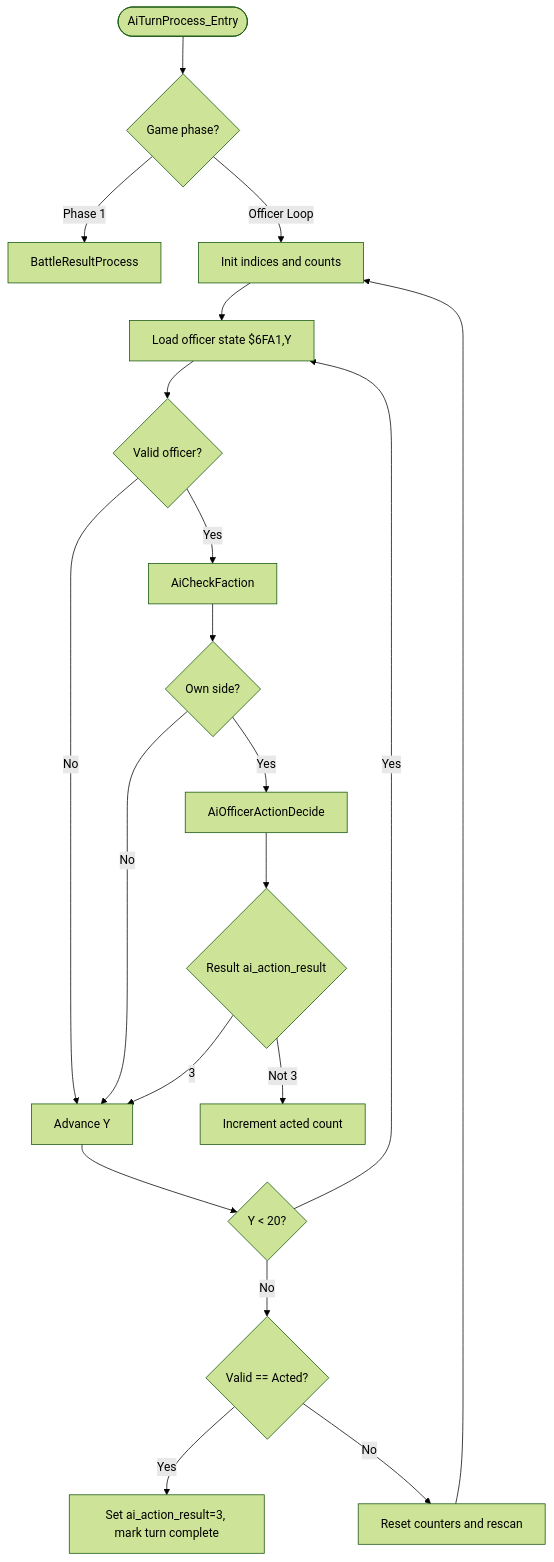
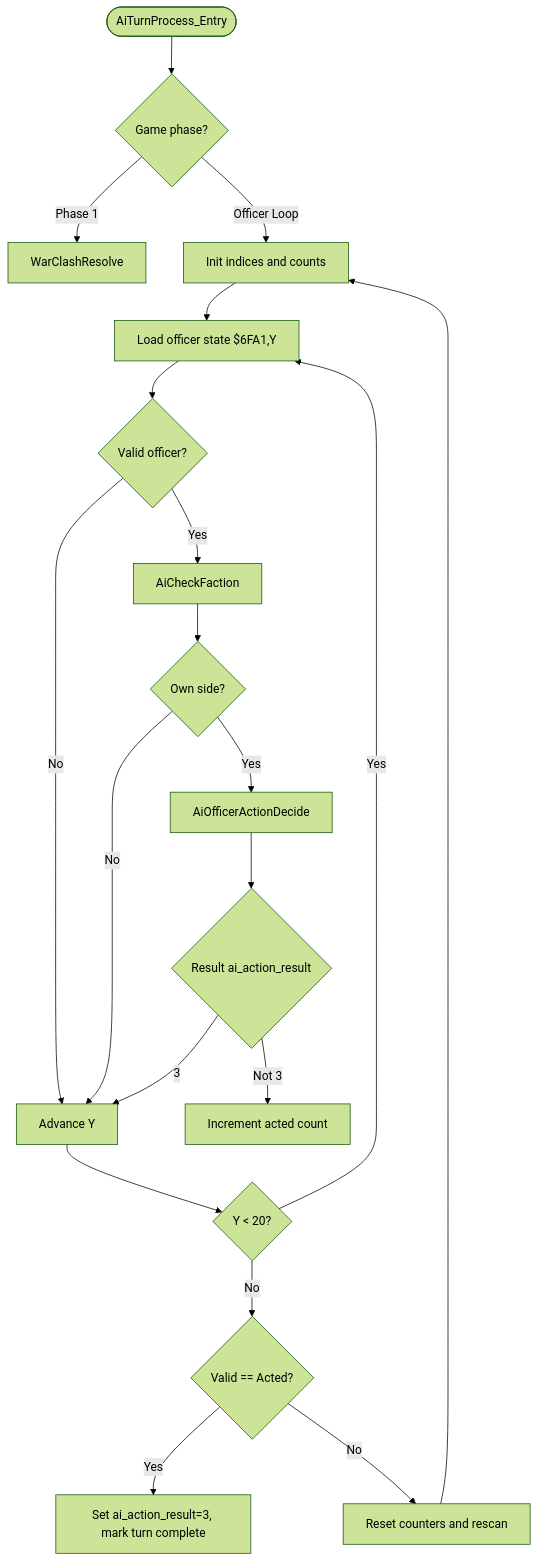
Before and after one commit to rabbyzero/sango2dasm: the third of 12 diagrams in .qoder/repowiki/en/content/Assembly Architecture/Bank Organization and Memory Layout/Battle and AI System - PRG Banks $08_$09.md, drawn with Mermaid (forest theme). The commit also changed other lines of this file and 11 other files, not shown here.

````diff
--- a/.qoder/repowiki/en/content/Assembly Architecture/Bank Organization and Memory Layout/Battle and AI System - PRG Banks $08_$09.md
+++ b/.qoder/repowiki/en/content/Assembly Architecture/Bank Organization and Memory Layout/Battle and AI System - PRG Banks $08_$09.md
@@ -146,22 +171,22 @@
 ```mermaid
 flowchart TD
 Start(["AiTurnProcess_Entry"]) --> CheckPhase{"Game phase?"}
-CheckPhase --> |Phase 1| BattleResult["BattleResultProcess"]
+CheckPhase --> |Phase 1| WarResult["WarClashResolve"]
 CheckPhase --> |Officer Loop| InitLoop["Init indices and counts"]
 InitLoop --> ScanOfficer["Load officer state $6FA1,Y"]
 ScanOfficer --> Valid{"Valid officer?"}
 Valid --> |No| NextOfficer["Advance Y"]
 Valid --> |Yes| FactionCheck["AiCheckFaction"]
 FactionCheck --> OwnSide{"Own side?"}
 OwnSide --> |No| NextOfficer
 OwnSide --> |Yes| Decide["AiOfficerActionDecide"]
 Decide --> Result{"Result ai_action_result"}
 Result --> |Not 3| Acted["Increment acted count"]
 Result --> |3| NextOfficer
 NextOfficer --> Continue{"Y < 20?"}
 Continue --> |Yes| ScanOfficer
 Continue --> |No| CountCheck{"Valid == Acted?"}
 CountCheck --> |Yes| EndTurn["Set ai_action_result=3, mark turn complete"]
 CountCheck --> |No| Reset["Reset counters and rescan"]
 Reset --> InitLoop
 ```
````
